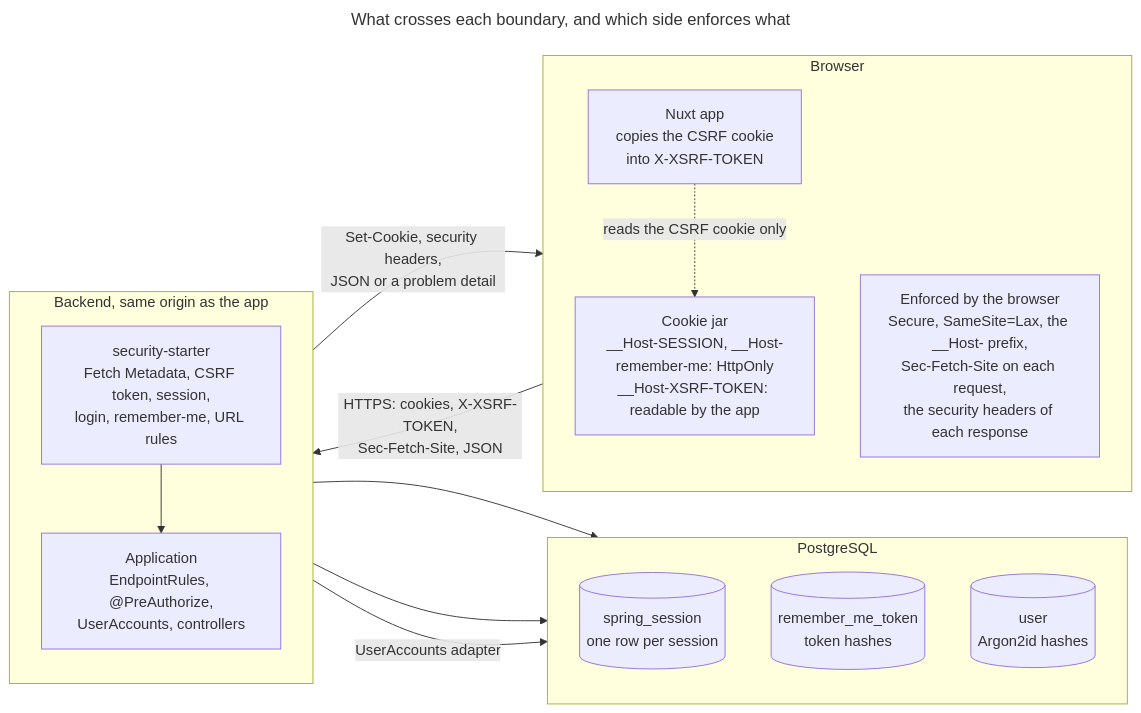
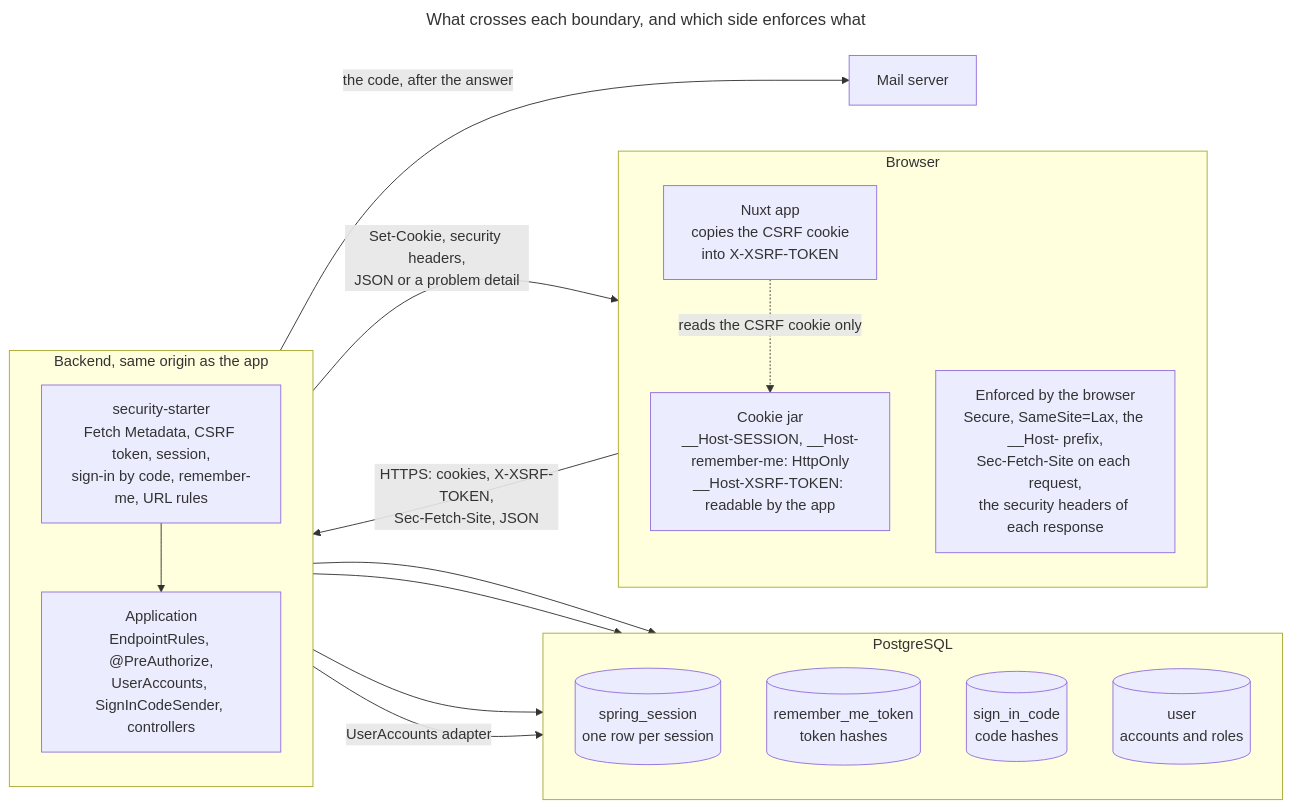
The first of 8 diagrams in docs/src/engineering/security/principles.md (mboisnard/drinkit), drawn with Mermaid before and after one commit. The commit also changed other lines of this file and 13 other files, not shown here.

Commit message:
[DOCUMENTATION] Explain the sign-in by a code sent by email, and where each piece lives (#586)

````diff
--- a/docs/src/engineering/security/principles.md
+++ b/docs/src/engineering/security/principles.md
@@ -15,30 +15,34 @@
 ```mermaid
 ---
 title: What crosses each boundary, and which side enforces what
 ---
 flowchart LR
   subgraph browser["Browser"]
     direction TB
     nuxt["Nuxt app<br/>copies the CSRF cookie<br/>into X-XSRF-TOKEN"]
     jar["Cookie jar<br/>__Host-SESSION, __Host-remember-me: HttpOnly<br/>__Host-XSRF-TOKEN: readable by the app"]
     enforced["Enforced by the browser<br/>Secure, SameSite=Lax, the __Host- prefix,<br/>Sec-Fetch-Site on each request,<br/>the security headers of each response"]
     nuxt -. "reads the CSRF cookie only" .-> jar
   end
   subgraph backend["Backend, same origin as the app"]
     direction TB
-    starter["security-starter<br/>Fetch Metadata, CSRF token, session,<br/>login, remember-me, URL rules"]
-    application["Application<br/>EndpointRules, @PreAuthorize,<br/>UserAccounts, controllers"]
+    starter["security-starter<br/>Fetch Metadata, CSRF token, session,<br/>sign-in by code, remember-me, URL rules"]
+    application["Application<br/>EndpointRules, @PreAuthorize,<br/>UserAccounts, SignInCodeSender, controllers"]
     starter --> application
   end
   subgraph postgres["PostgreSQL"]
     direction TB
     session[("spring_session<br/>one row per session")]
     remember[("remember_me_token<br/>token hashes")]
-    user[("user<br/>Argon2id hashes")]
+    code[("sign_in_code<br/>code hashes")]
+    user[("user<br/>accounts and roles")]
   end
+  mail["Mail server"]
   browser -- "HTTPS: cookies, X-XSRF-TOKEN,<br/>Sec-Fetch-Site, JSON" --> starter
   starter -- "Set-Cookie, security headers,<br/>JSON or a problem detail" --> browser
   starter --> session
   starter --> remember
+  starter --> code
   application -- "UserAccounts adapter" --> user
+  application -- "the code, after the answer" --> mail
 ```
````
